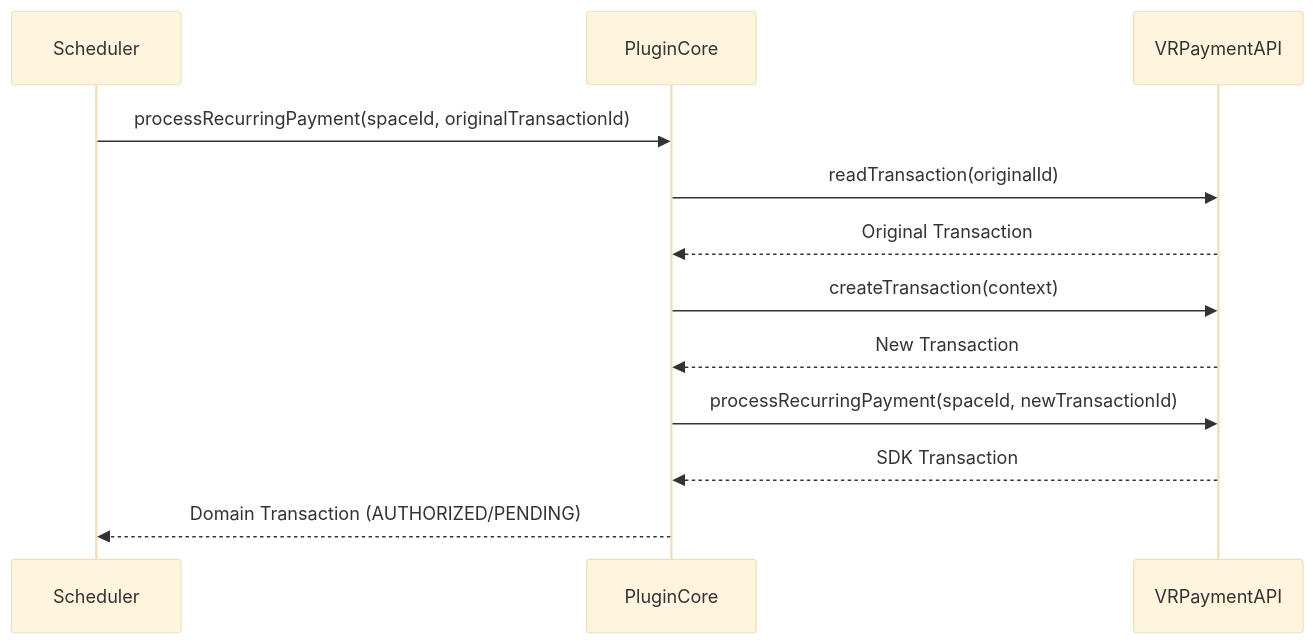
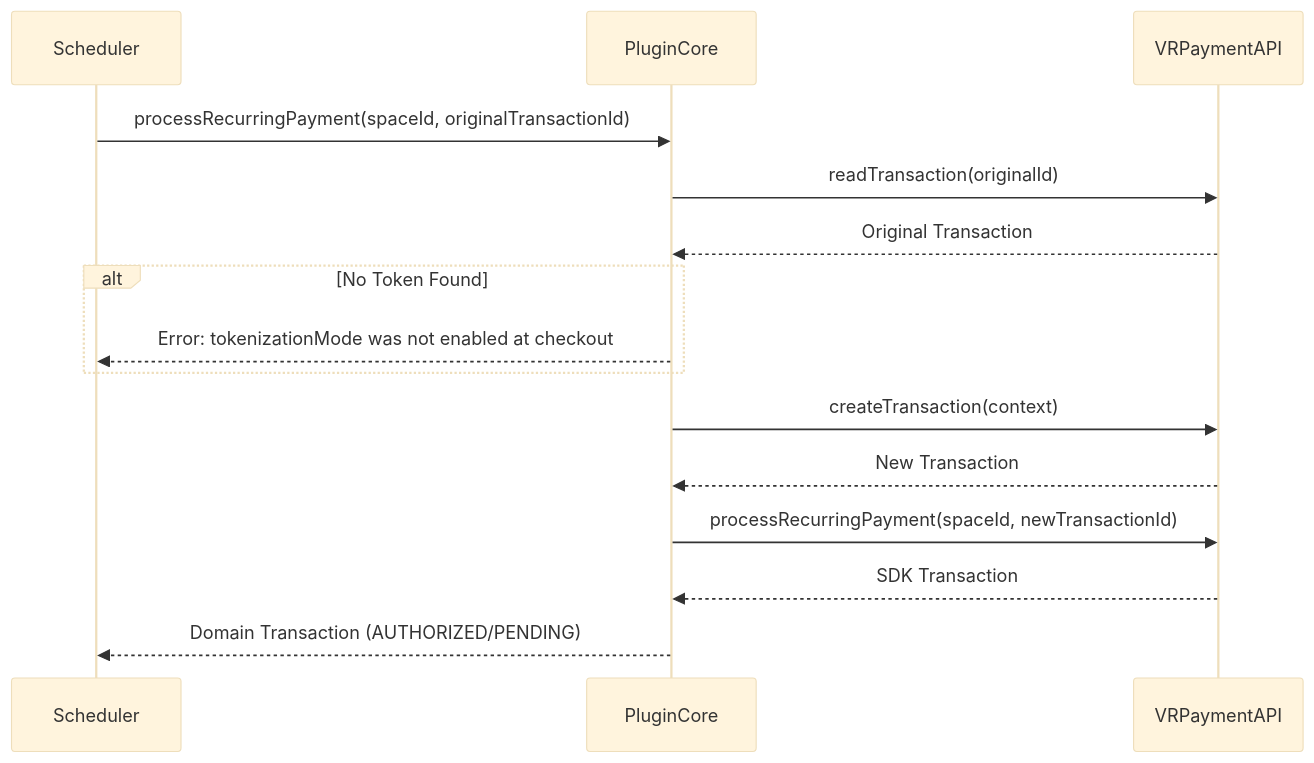
One commit to vr-payment/plugin-core changed the diagram in docs/Recurring/README.md. Above: the diagram before and after it, drawn with Mermaid (base theme). The commit also changed other lines of this file and 146 other files, not shown here.

````diff
--- a/docs/Recurring/README.md
+++ b/docs/Recurring/README.md
@@ -79,17 +80,21 @@
 ```mermaid
 sequenceDiagram
     participant Scheduler
     participant PluginCore
     participant VRPaymentAPI
 
     Scheduler->>PluginCore: processRecurringPayment(spaceId, originalTransactionId)
     PluginCore->>VRPaymentAPI: readTransaction(originalId)
     VRPaymentAPI-->>PluginCore: Original Transaction
 
+    alt No Token Found
+        PluginCore-->>Scheduler: Error: tokenizationMode was not enabled at checkout
+    end
+
     PluginCore->>VRPaymentAPI: createTransaction(context)
     VRPaymentAPI-->>PluginCore: New Transaction
 
     PluginCore->>VRPaymentAPI: processRecurringPayment(spaceId, newTransactionId)
     VRPaymentAPI-->>PluginCore: SDK Transaction
     PluginCore-->>Scheduler: Domain Transaction (AUTHORIZED/PENDING)
 ```
````
